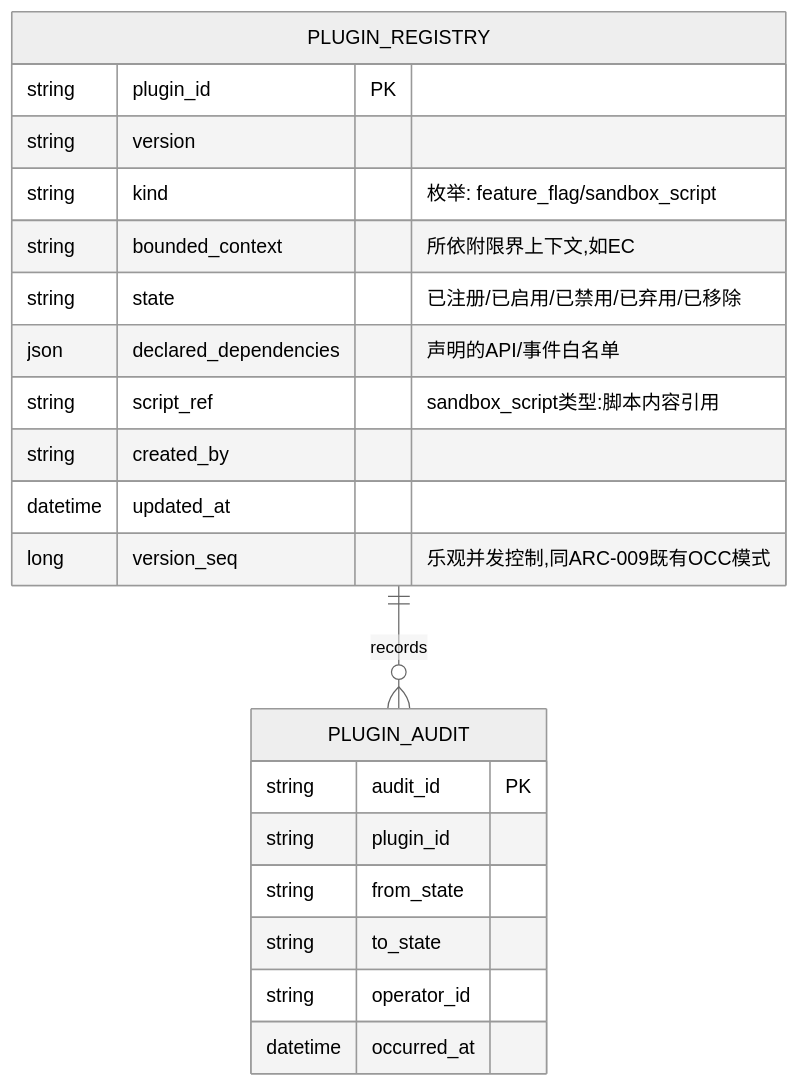
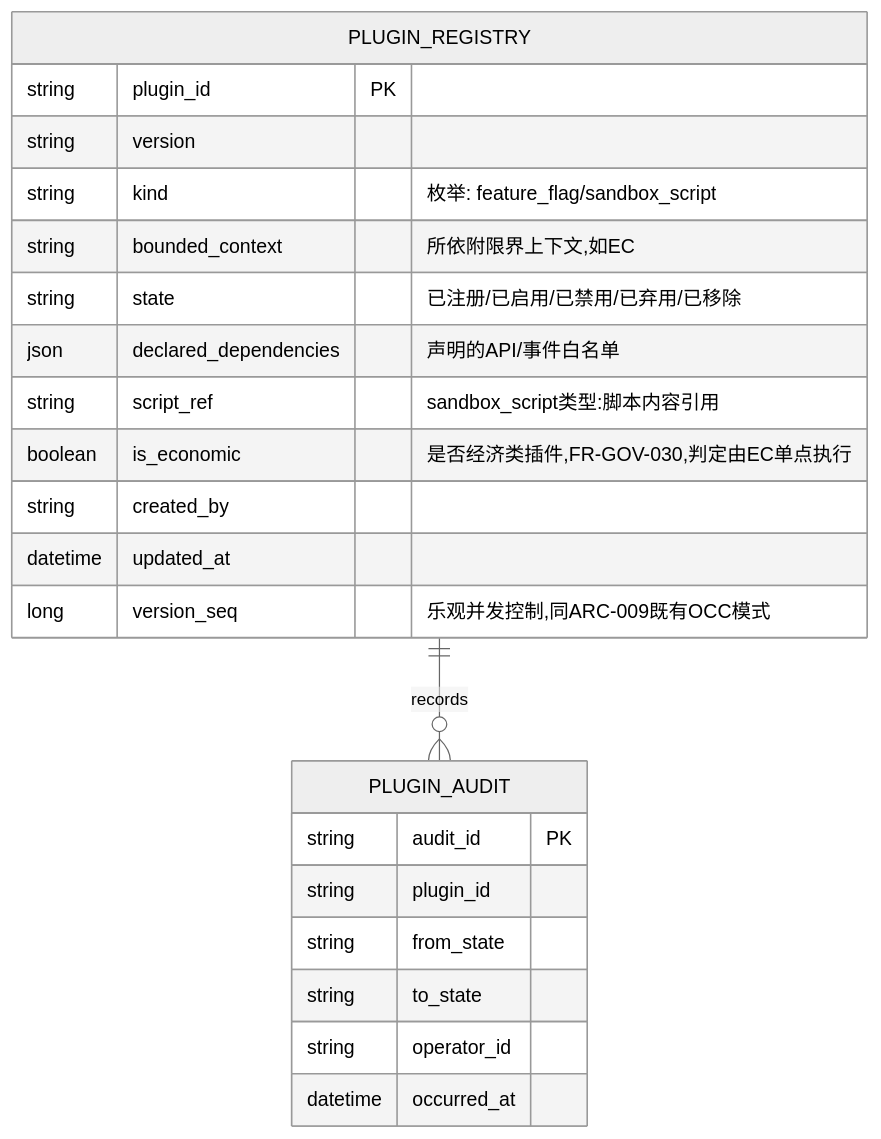
One commit to UlyssesLeoLee/RustGameServer changed the second of 4 diagrams in docs/RGS-BAS-005_插件热插拔与生命周期管理_基本设计书.md. Above: the diagram before and after it, drawn with Mermaid (neutral theme). The commit also changed other lines of this file and 7 other files, not shown here.

````diff
--- a/docs/RGS-BAS-005_插件热插拔与生命周期管理_基本设计书.md
+++ b/docs/RGS-BAS-005_插件热插拔与生命周期管理_基本设计书.md
@@ -81,24 +82,25 @@
 ```mermaid
 erDiagram
     PLUGIN_REGISTRY {
         string plugin_id PK
         string version
         string kind "枚举: feature_flag/sandbox_script"
         string bounded_context "所依附限界上下文,如EC"
         string state "已注册/已启用/已禁用/已弃用/已移除"
         json declared_dependencies "声明的API/事件白名单"
         string script_ref "sandbox_script类型:脚本内容引用"
+        boolean is_economic "是否经济类插件,FR-GOV-030,判定由EC单点执行"
         string created_by
         datetime updated_at
         long version_seq "乐观并发控制,同ARC-009既有OCC模式"
     }
     PLUGIN_AUDIT {
         string audit_id PK
         string plugin_id
         string from_state
         string to_state
         string operator_id
         datetime occurred_at
     }
     PLUGIN_REGISTRY ||--o{ PLUGIN_AUDIT : records
 ```
````
